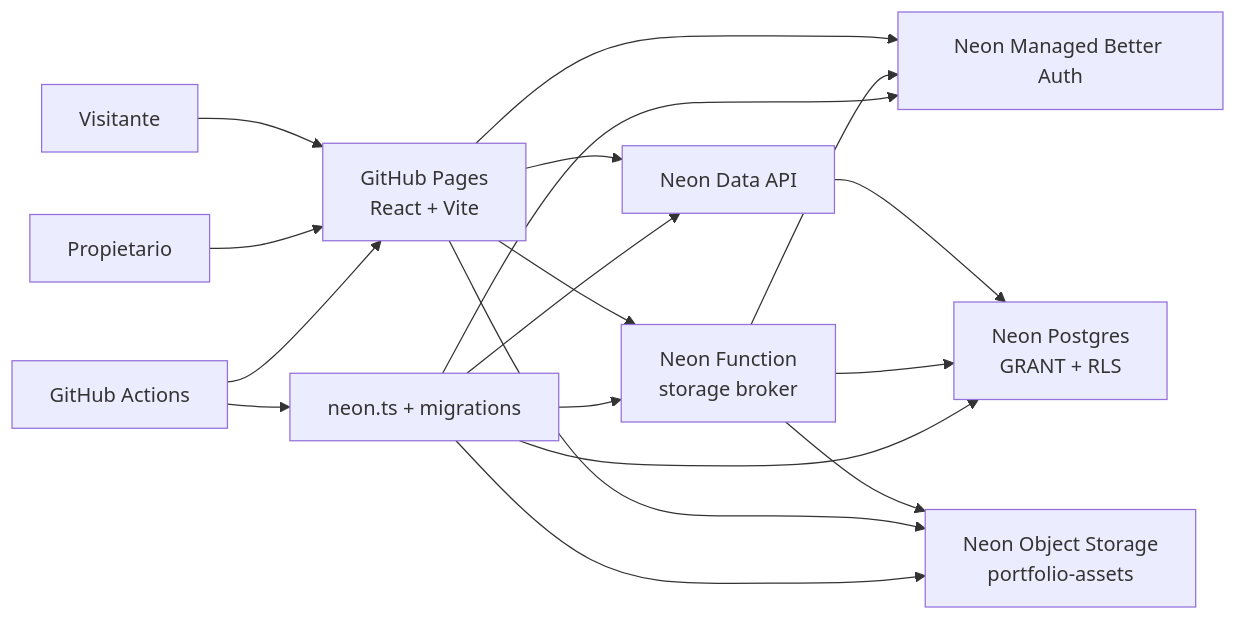
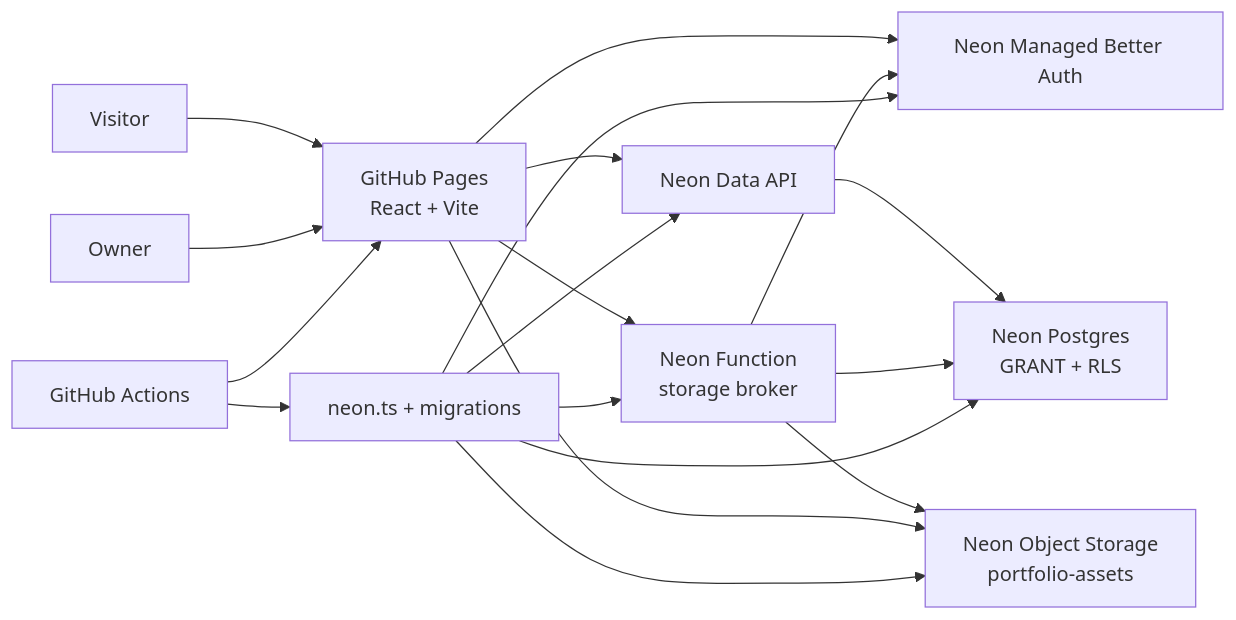
One commit to aleetreny/aleetreny.github.io changed the diagram in docs/architecture.md. Above: the diagram before and after it, drawn with Mermaid. The commit also changed other lines of this file and 38 other files, not shown here.

````diff
--- a/docs/architecture.md
+++ b/docs/architecture.md
@@ -7,20 +9,20 @@
 ```mermaid
 flowchart LR
-  V["Visitante"] --> P["GitHub Pages\nReact + Vite"]
-  O["Propietario"] --> P
+  V["Visitor"] --> P["GitHub Pages\nReact + Vite"]
+  O["Owner"] --> P
   P --> A["Neon Managed Better Auth"]
   P --> D["Neon Data API"]
   D --> R["Neon Postgres\nGRANT + RLS"]
   P --> F["Neon Function\nstorage broker"]
   F --> A
   F --> R
   F --> S["Neon Object Storage\nportfolio-assets"]
   P --> S
   G["GitHub Actions"] --> P
   G --> N["neon.ts + migrations"]
   N --> A
   N --> D
   N --> R
   N --> F
   N --> S
 ```
````
